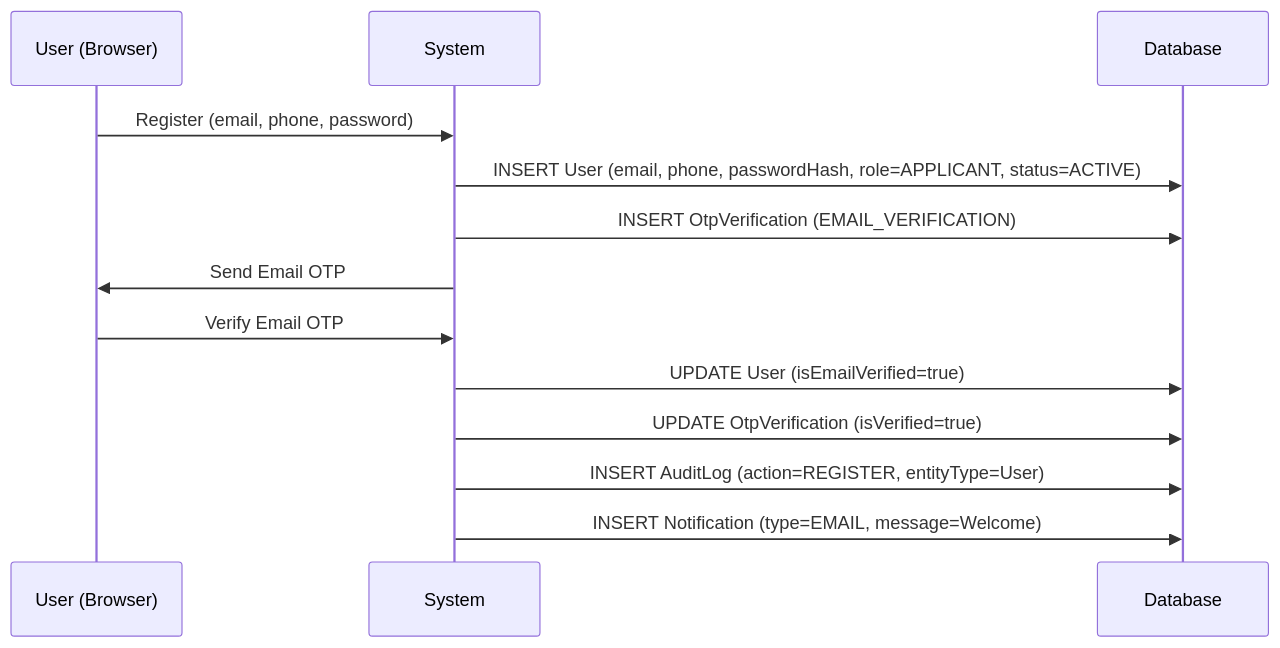
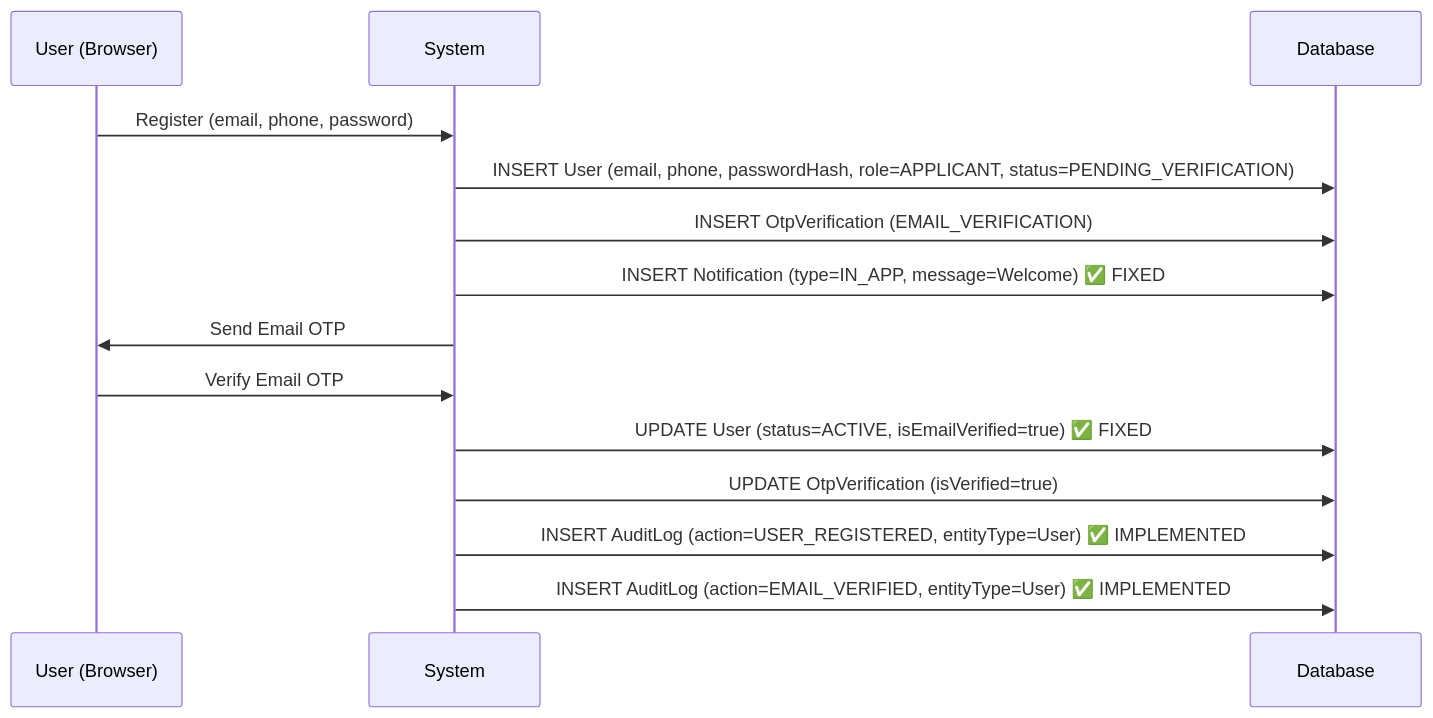
The first of 7 diagrams in COMPLETE_DATA_FLOW_ANALYSIS.md (AshishDabhi1539/Loan_Screening_Project), drawn with Mermaid before and after one commit. The commit also changed other lines of this file and 29 other files, not shown here.

````diff
--- a/COMPLETE_DATA_FLOW_ANALYSIS.md
+++ b/COMPLETE_DATA_FLOW_ANALYSIS.md
@@ -11,16 +16,17 @@
 ```mermaid
 sequenceDiagram
     participant U as User (Browser)
     participant S as System
     participant DB as Database
     
     U->>S: Register (email, phone, password)
-    S->>DB: INSERT User (email, phone, passwordHash, role=APPLICANT, status=ACTIVE)
+    S->>DB: INSERT User (email, phone, passwordHash, role=APPLICANT, status=PENDING_VERIFICATION)
     S->>DB: INSERT OtpVerification (EMAIL_VERIFICATION)
+    S->>DB: INSERT Notification (type=IN_APP, message=Welcome) ✅ FIXED
     S->>U: Send Email OTP
     U->>S: Verify Email OTP
-    S->>DB: UPDATE User (isEmailVerified=true)
+    S->>DB: UPDATE User (status=ACTIVE, isEmailVerified=true) ✅ FIXED
     S->>DB: UPDATE OtpVerification (isVerified=true)
-    S->>DB: INSERT AuditLog (action=REGISTER, entityType=User)
-    S->>DB: INSERT Notification (type=EMAIL, message=Welcome)
+    S->>DB: INSERT AuditLog (action=USER_REGISTERED, entityType=User) ✅ IMPLEMENTED
+    S->>DB: INSERT AuditLog (action=EMAIL_VERIFIED, entityType=User) ✅ IMPLEMENTED
 ```
````
